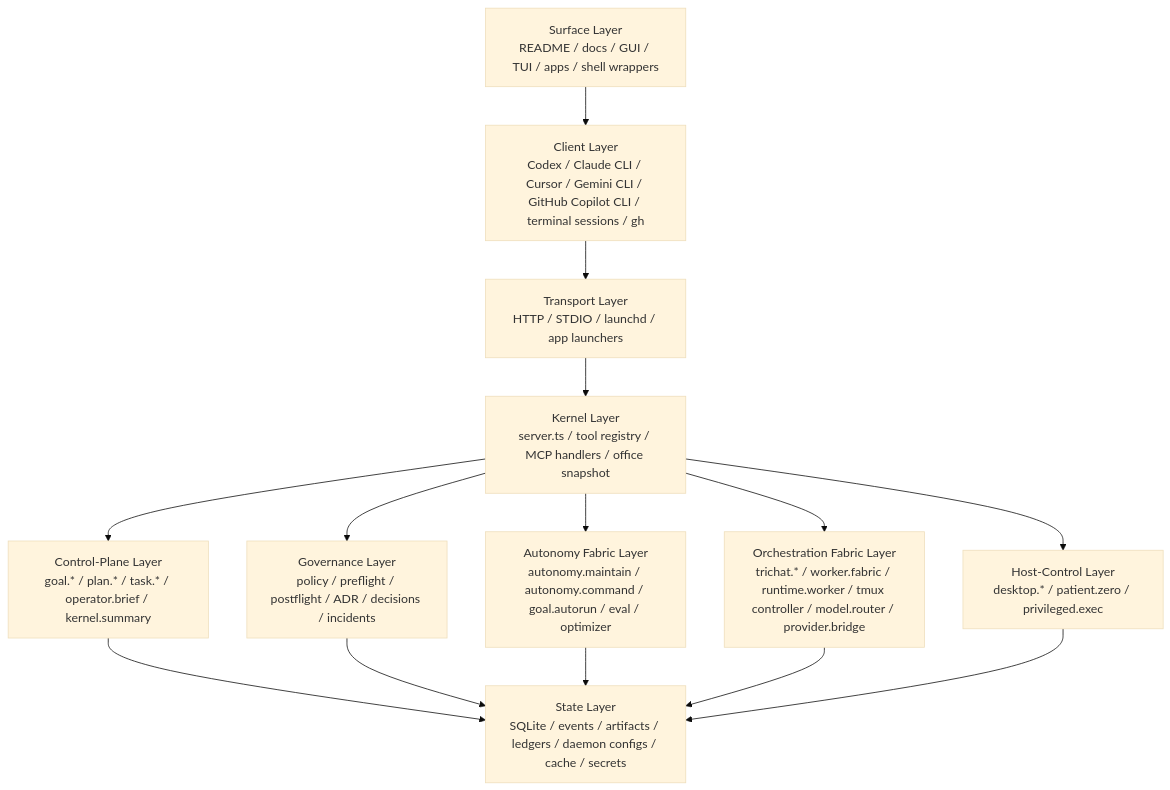
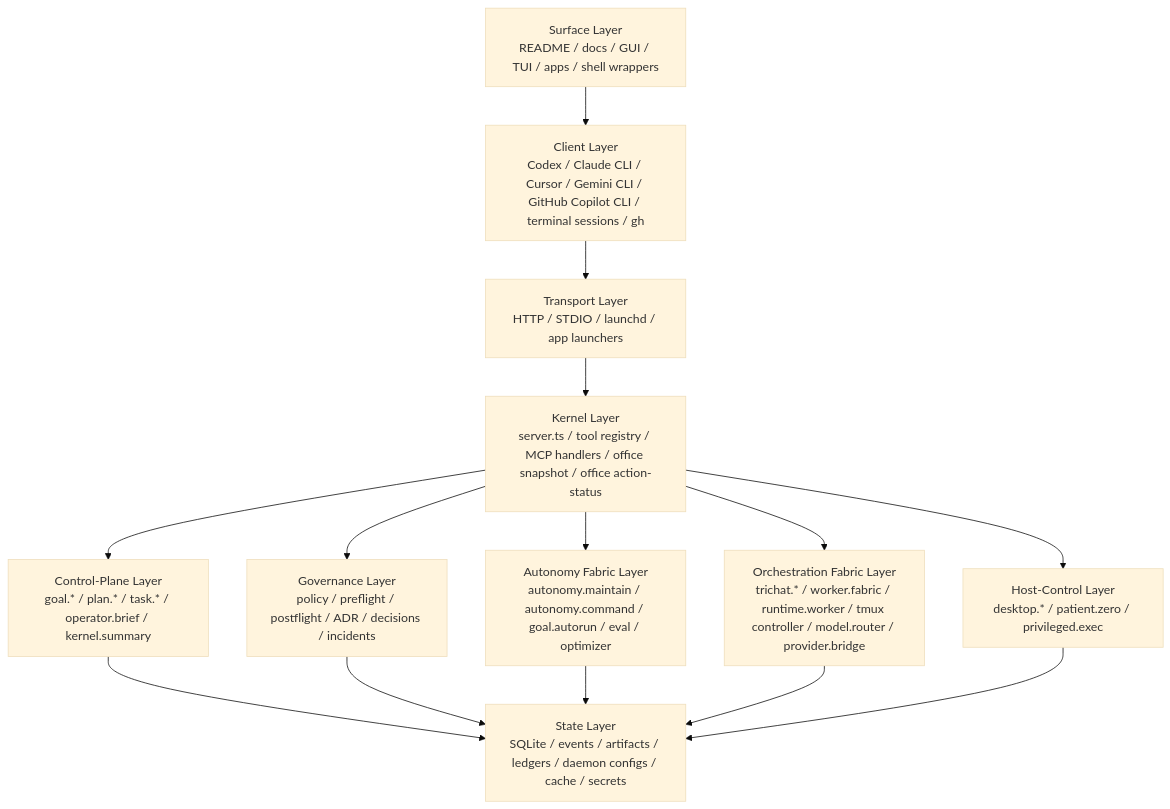
Before and after one commit to driverd12/MCPlayground---Core-Template: the second of 6 diagrams in docs/SYSTEM_INTERCONNECTS.md, drawn with Mermaid (base theme). The commit also changed other lines of this file and 4 other files, not shown here.

````diff
--- a/docs/SYSTEM_INTERCONNECTS.md
+++ b/docs/SYSTEM_INTERCONNECTS.md
@@ -136,16 +136,16 @@
 ```mermaid
 flowchart TD
   Surface["Surface Layer<br/>README / docs / GUI / TUI / apps / shell wrappers"] --> Client["Client Layer<br/>Codex / Claude CLI / Cursor / Gemini CLI / GitHub Copilot CLI / terminal sessions / gh"]
   Client --> Transport["Transport Layer<br/>HTTP / STDIO / launchd / app launchers"]
-  Transport --> Kernel["Kernel Layer<br/>server.ts / tool registry / MCP handlers / office snapshot"]
+  Transport --> Kernel["Kernel Layer<br/>server.ts / tool registry / MCP handlers / office snapshot / office action-status"]
   Kernel --> Control["Control-Plane Layer<br/>goal.* / plan.* / task.* / operator.brief / kernel.summary"]
   Kernel --> Policy["Governance Layer<br/>policy / preflight / postflight / ADR / decisions / incidents"]
   Kernel --> Autonomy["Autonomy Fabric Layer<br/>autonomy.maintain / autonomy.command / goal.autorun / eval / optimizer"]
   Kernel --> Orchestration["Orchestration Fabric Layer<br/>trichat.* / worker.fabric / runtime.worker / tmux controller / model.router / provider.bridge"]
   Kernel --> Host["Host-Control Layer<br/>desktop.* / patient.zero / privileged.exec"]
   Control --> State["State Layer<br/>SQLite / events / artifacts / ledgers / daemon configs / cache / secrets"]
   Policy --> State
   Autonomy --> State
   Orchestration --> State
   Host --> State
 ```
````
